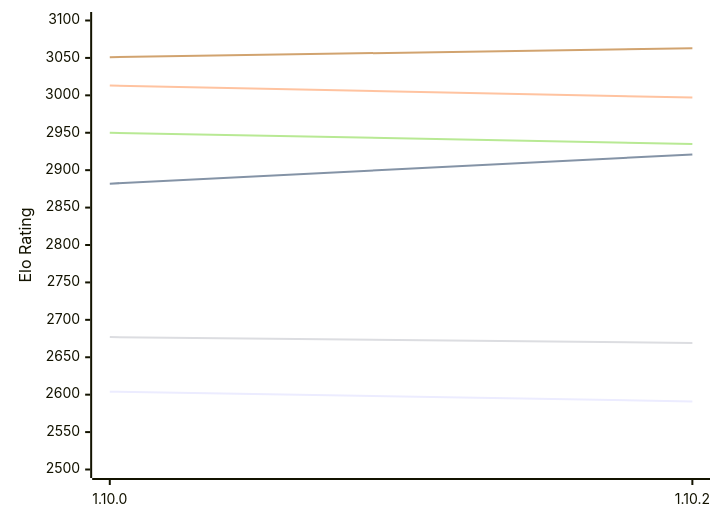
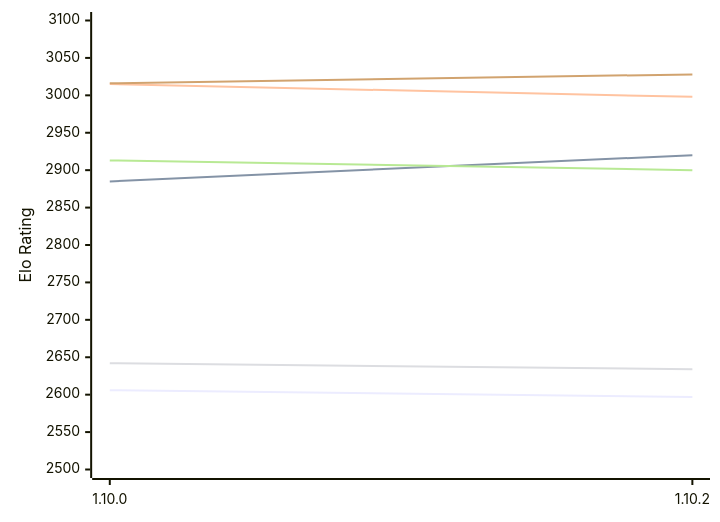
The first of 2 diagrams in engines/Basilisk.md (computer-chess-index/cci), drawn with Mermaid before and after one commit. The commit also changed other lines of this file, not shown here.

Commit message:
Update CCI Ratings (ELO VLTC) - 2026-10-23

````diff
--- a/engines/Basilisk.md
+++ b/engines/Basilisk.md
@@ -61,12 +61,12 @@
 ```mermaid
 %%{init: {"theme":"base","themeVariables":{"seriesColors:['#a3a3a3','#222221','#faa371']}}}%%
 xychart-beta
   x-axis ["1.10.0", "1.10.2"]
   y-axis "Elo Rating" 2500 --> 3100
-  line "E1: STC (8.0+0.08s)" [2604, 2591]
-  line "E1: LTC (60.0+0.60s)" [2882, 2921]
-  line "E1: VLTC (2m24s+1.12s)" [3013, 2997]
-  line "P1: STC (8.0+0.08s)" [2677, 2669]
-  line "P1: LTC (60.0+0.60s)" [2950, 2935]
-  line "P1: VLTC (2m24s+1.12s)" [3051, 3063]
+  line "E1: STC (8.0+0.08s)" [2606, 2597]
+  line "E1: LTC (60.0+0.60s)" [2885, 2920]
+  line "E1: VLTC (2m24s+1.12s)" [3015, 2998]
+  line "P1: STC (8.0+0.08s)" [2642, 2634]
+  line "P1: LTC (60.0+0.60s)" [2913, 2900]
+  line "P1: VLTC (2m24s+1.12s)" [3016, 3028]
 ```
````
